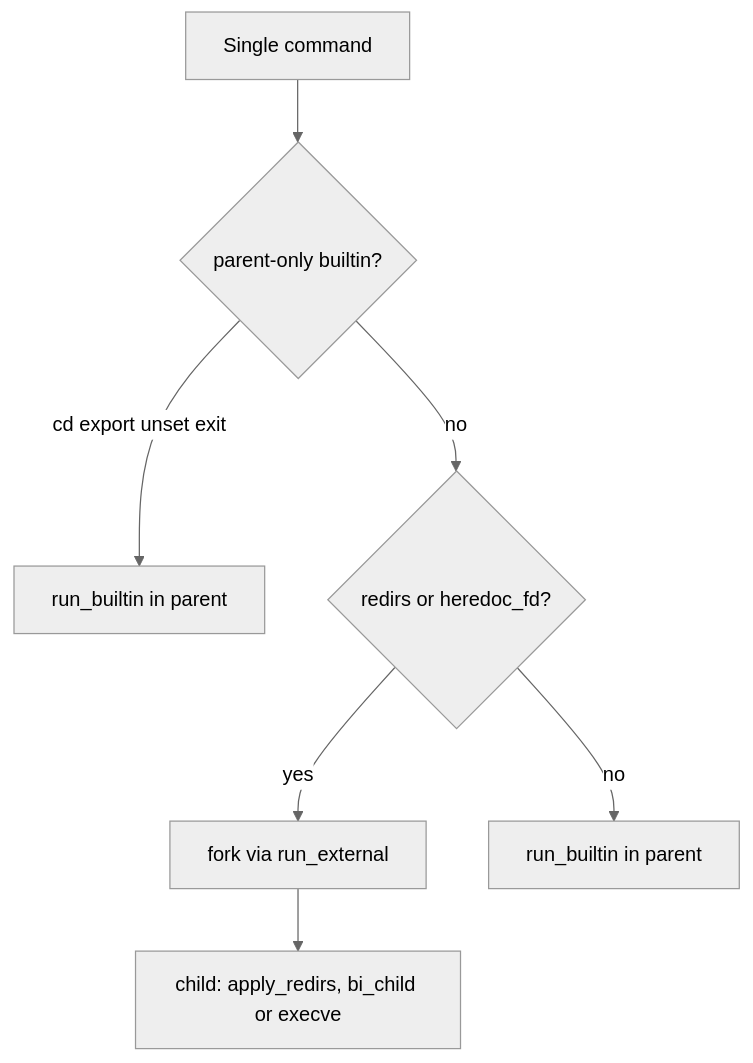
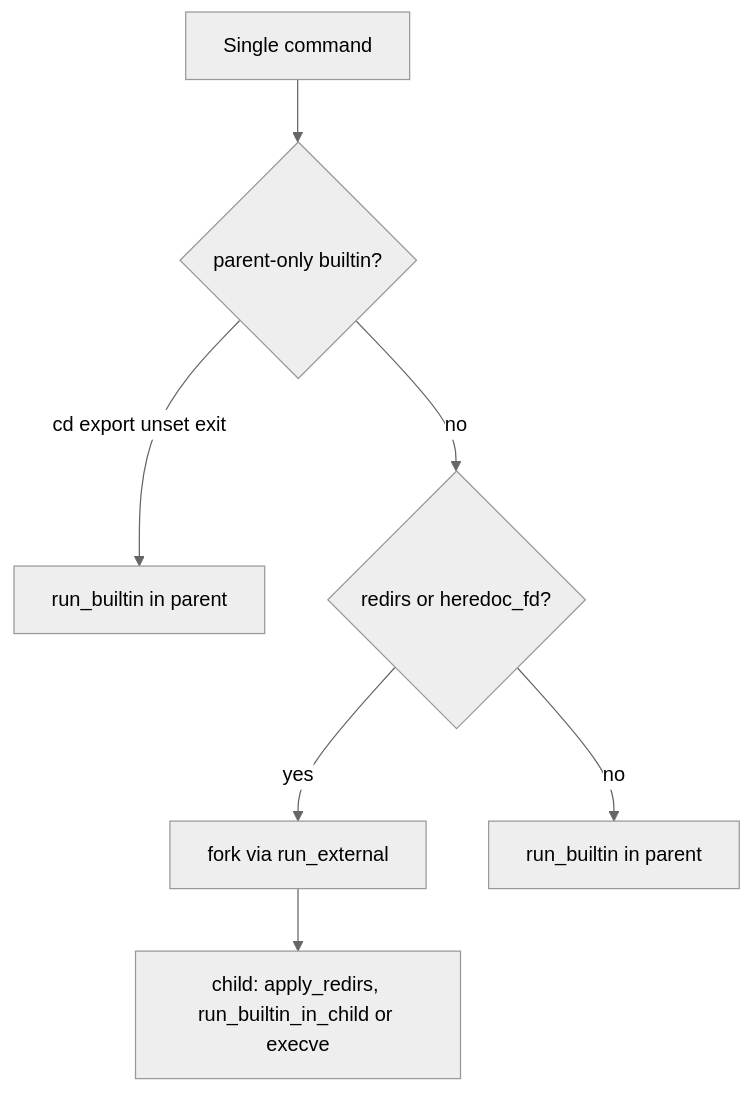
Diagram 12 of 14 in docs/MINISHELL_ARCHITECTURE.md (gkhavari/minishell), drawn with Mermaid (neutral theme) before and after one commit. The commit also changed other lines of this file and 3 other files, not shown here.

````diff
--- a/docs/MINISHELL_ARCHITECTURE.md
+++ b/docs/MINISHELL_ARCHITECTURE.md
@@ -828,9 +844,9 @@
 ```mermaid
 flowchart TD
     SC[Single command] --> MT{parent-only builtin?}
     MT -->|cd export unset exit| PAR[run_builtin in parent]
     MT -->|no| RD{redirs or heredoc_fd?}
     RD -->|yes| FK[fork via run_external]
     RD -->|no| PAR2[run_builtin in parent]
-    FK --> CH[child: apply_redirs, bi_child or execve]
+    FK --> CH[child: apply_redirs, run_builtin_in_child or execve]
 ```
````
